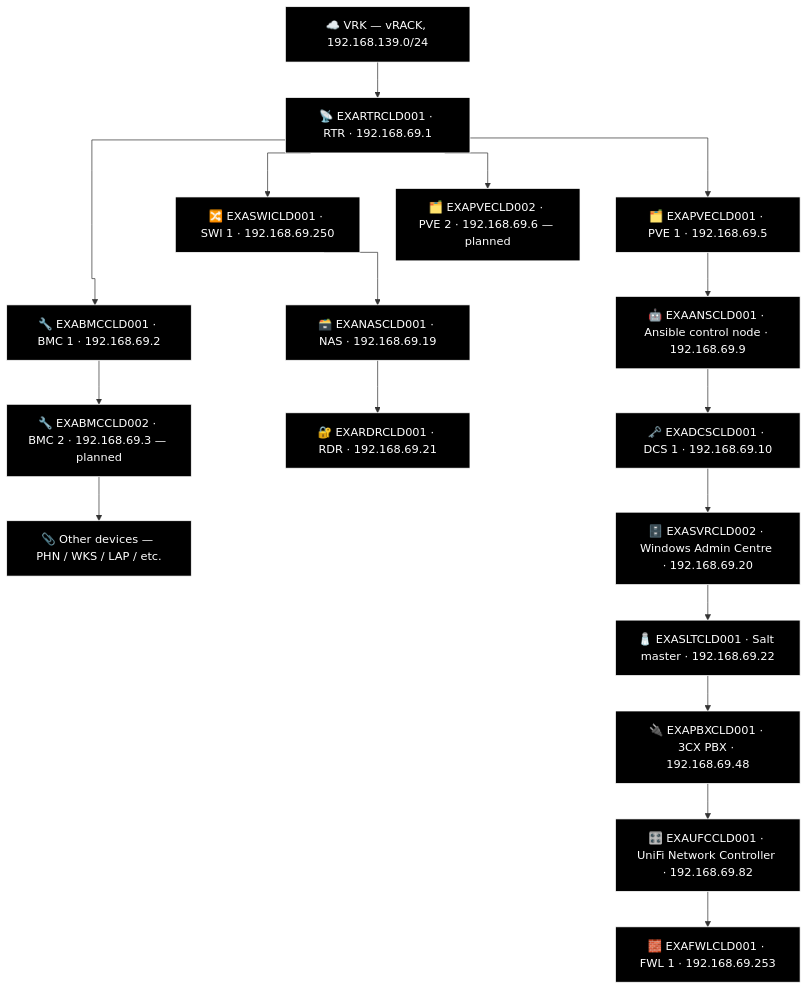
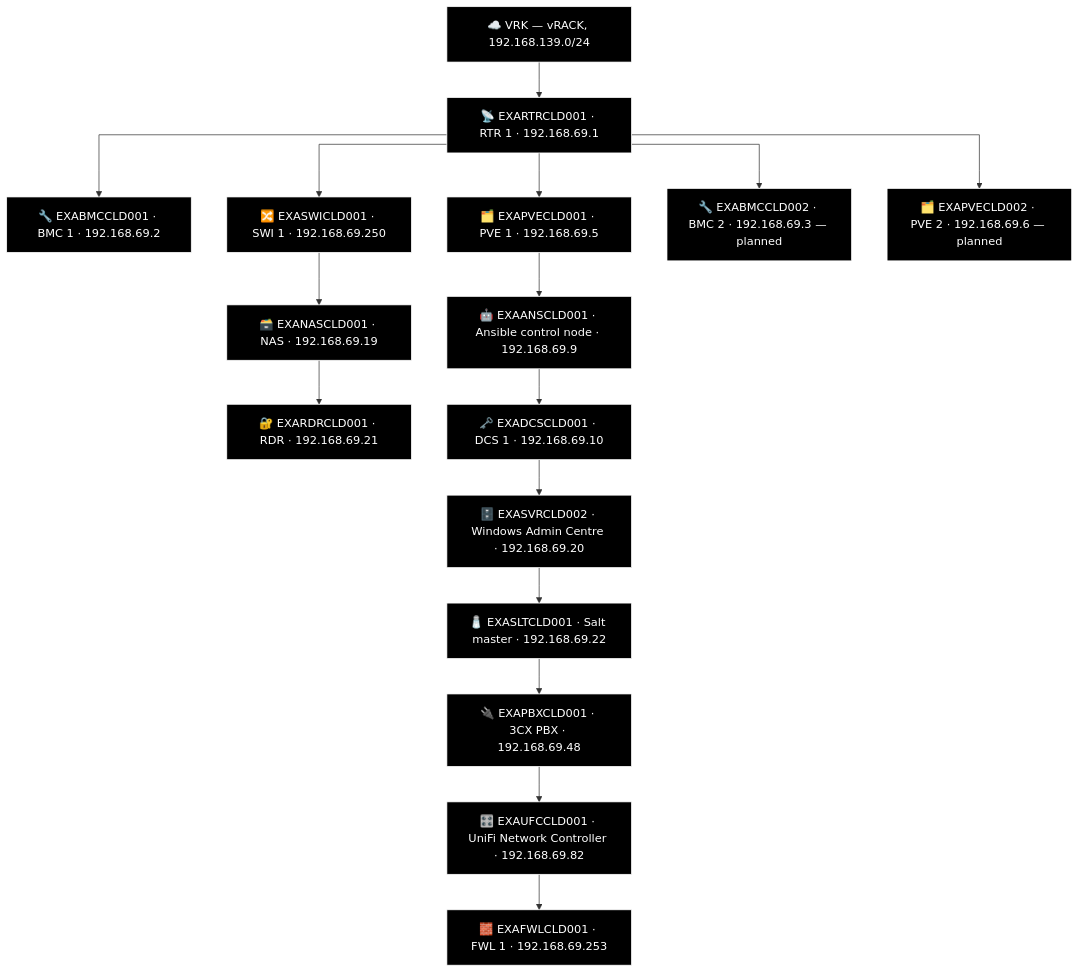
Before and after one commit to knightmare2600/example_music_infra: the second of 2 diagrams in docs/network-diagram/cld.md, drawn with Mermaid. The commit also changed 31 other files, not shown here.

````diff
--- a/docs/network-diagram/cld.md
+++ b/docs/network-diagram/cld.md
@@ -44,51 +44,46 @@
 ```mermaid
+%% GENERATED:TOPOLOGY:CLD:START
 %%{init: {'flowchart': {'curve': 'stepAfter'}}}%%
 graph TD
     T_VRK["☁️ VRK — vRACK, 192.168.139.0/24"]
-    T_RTR["📡 EXARTRCLD001 · RTR · 192.168.69.1"]
+    T_RTR["📡 EXARTRCLD001 · RTR 1 · 192.168.69.1"]
+    T_VRK --> T_RTR
+    T_BMC["🔧 EXABMCCLD001 · BMC 1 · 192.168.69.2"]
+    T_RTR --> T_BMC
+    T_PVE["🗂️ EXAPVECLD001 · PVE 1 · 192.168.69.5"]
+    T_RTR --> T_PVE
     T_SWI["🔀 EXASWICLD001 · SWI 1 · 192.168.69.250"]
-    T_BMC1["🔧 EXABMCCLD001 · BMC 1 · 192.168.69.2"]
+    T_RTR --> T_SWI
     T_BMC2["🔧 EXABMCCLD002 · BMC 2 · 192.168.69.3 — planned"]
-    T_PVE1["🗂️ EXAPVECLD001 · PVE 1 · 192.168.69.5"]
+    T_RTR --> T_BMC2
     T_PVE2["🗂️ EXAPVECLD002 · PVE 2 · 192.168.69.6 — planned"]
+    T_RTR --> T_PVE2
     T_NAS["🗃️ EXANASCLD001 · NAS · 192.168.69.19"]
     T_RDR["🔐 EXARDRCLD001 · RDR · 192.168.69.21"]
-    T_OTHER["📎 Other devices — PHN / WKS / LAP / etc."]
+    T_SWI --> T_NAS --> T_RDR
     T_ANS["🤖 EXAANSCLD001 · Ansible control node · 192.168.69.9"]
     T_DCS["🗝️ EXADCSCLD001 · DCS 1 · 192.168.69.10"]
     T_SVR["🗄️ EXASVRCLD002 · Windows Admin Centre · 192.168.69.20"]
     T_SLT["🧂 EXASLTCLD001 · Salt master · 192.168.69.22"]
     T_PBX["🔌 EXAPBXCLD001 · 3CX PBX · 192.168.69.48"]
     T_UFC["🎛️ EXAUFCCLD001 · UniFi Network Controller · 192.168.69.82"]
     T_FWL["🧱 EXAFWLCLD001 · FWL 1 · 192.168.69.253"]
-
-    T_VRK --> T_RTR
-    T_RTR --> T_SWI
-    T_RTR --> T_PVE1
-    T_RTR --> T_PVE2
-    T_SWI ~~~ T_BMC1
-
-    T_RTR --> T_BMC1 --> T_BMC2 --> T_OTHER
-
-    T_SWI --> T_NAS --> T_RDR
-
-    T_PVE1 --> T_ANS --> T_DCS --> T_SVR --> T_SLT --> T_PBX --> T_UFC --> T_FWL
-
+    T_PVE --> T_ANS --> T_DCS --> T_SVR --> T_SLT --> T_PBX --> T_UFC --> T_FWL
     style T_VRK fill:#000000,stroke:#FFFFFF,color:#FFFFFF
     style T_RTR fill:#000000,stroke:#FFFFFF,color:#FFFFFF
+    style T_BMC fill:#000000,stroke:#FFFFFF,color:#FFFFFF
+    style T_PVE fill:#000000,stroke:#FFFFFF,color:#FFFFFF
     style T_SWI fill:#000000,stroke:#FFFFFF,color:#FFFFFF
-    style T_BMC1 fill:#000000,stroke:#FFFFFF,color:#FFFFFF
     style T_BMC2 fill:#000000,stroke:#FFFFFF,color:#FFFFFF
-    style T_PVE1 fill:#000000,stroke:#FFFFFF,color:#FFFFFF
     style T_PVE2 fill:#000000,stroke:#FFFFFF,color:#FFFFFF
     style T_NAS fill:#000000,stroke:#FFFFFF,color:#FFFFFF
     style T_RDR fill:#000000,stroke:#FFFFFF,color:#FFFFFF
-    style T_OTHER fill:#000000,stroke:#FFFFFF,color:#FFFFFF
     style T_ANS fill:#000000,stroke:#FFFFFF,color:#FFFFFF
     style T_DCS fill:#000000,stroke:#FFFFFF,color:#FFFFFF
     style T_SVR fill:#000000,stroke:#FFFFFF,color:#FFFFFF
     style T_SLT fill:#000000,stroke:#FFFFFF,color:#FFFFFF
     style T_PBX fill:#000000,stroke:#FFFFFF,color:#FFFFFF
     style T_UFC fill:#000000,stroke:#FFFFFF,color:#FFFFFF
     style T_FWL fill:#000000,stroke:#FFFFFF,color:#FFFFFF
+%% GENERATED:TOPOLOGY:CLD:END
 ```
````
